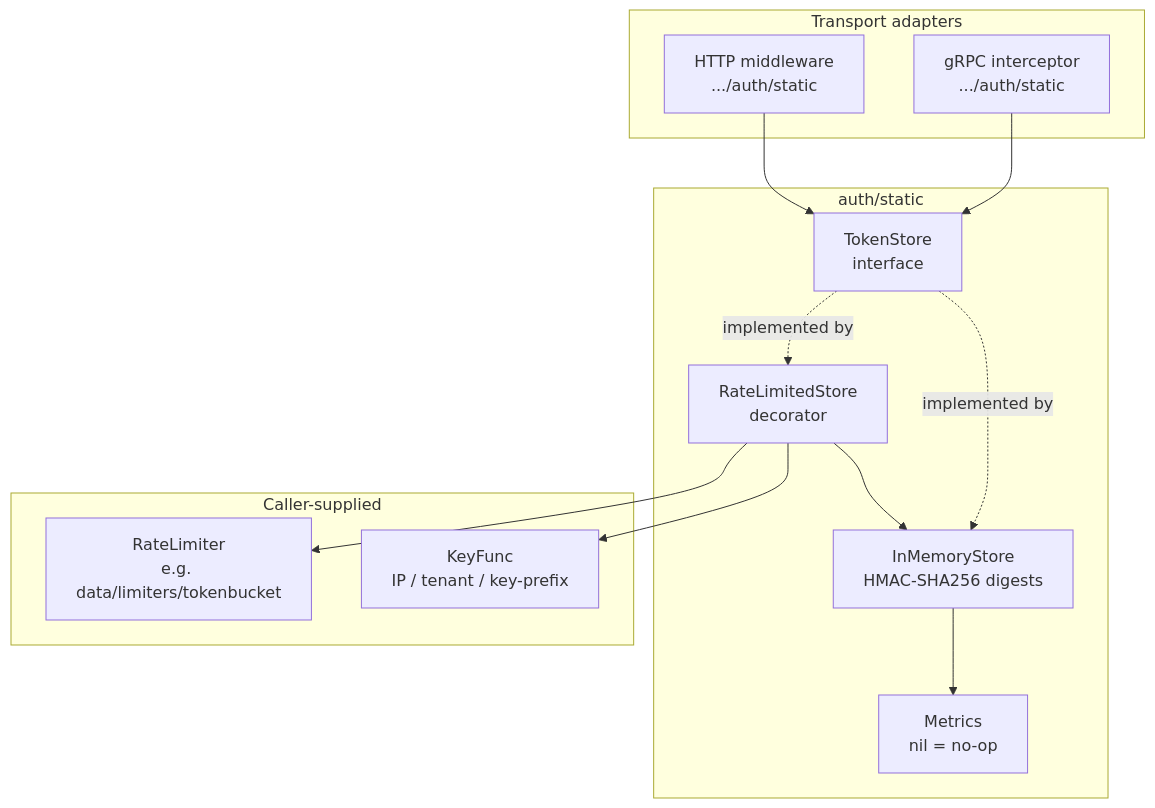
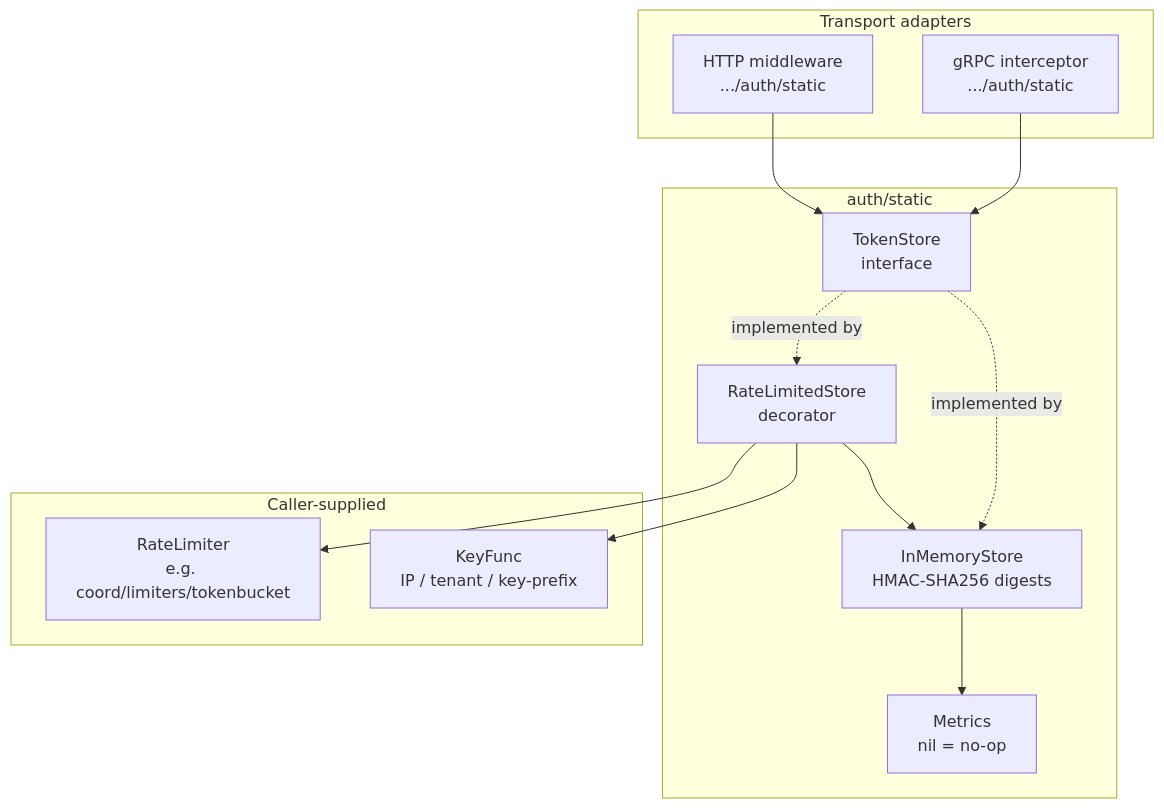
The first of 2 diagrams in docs/auth/static.md (altessa-s/go-atlas), drawn with Mermaid before and after one commit. The commit also changed other lines of this file and 47 other files, not shown here.

````diff
--- a/docs/auth/static.md
+++ b/docs/auth/static.md
@@ -51,28 +51,28 @@
 ```mermaid
 graph TB
     subgraph "Transport adapters"
         GRPC[gRPC interceptor<br/>.../auth/static]
         HTTP[HTTP middleware<br/>.../auth/static]
     end
 
     subgraph "auth/static"
         TS[TokenStore<br/>interface]
         RLS[RateLimitedStore<br/>decorator]
         IMS[InMemoryStore<br/>HMAC-SHA256 digests]
         MET[Metrics<br/>nil = no-op]
     end
 
     subgraph "Caller-supplied"
-        RL[RateLimiter<br/>e.g. data/limiters/tokenbucket]
+        RL[RateLimiter<br/>e.g. coord/limiters/tokenbucket]
         KF[KeyFunc<br/>IP / tenant / key-prefix]
     end
 
     GRPC --> TS
     HTTP --> TS
     TS -.implemented by.-> RLS
     TS -.implemented by.-> IMS
     RLS --> IMS
     RLS --> RL
     RLS --> KF
     IMS --> MET
 ```
````
